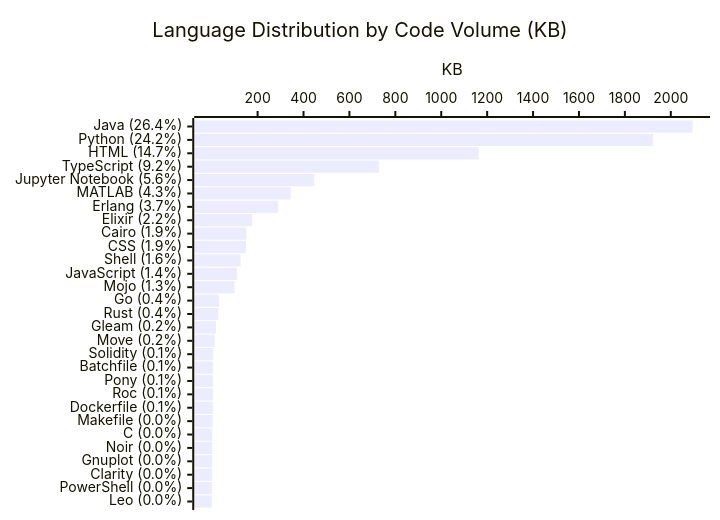
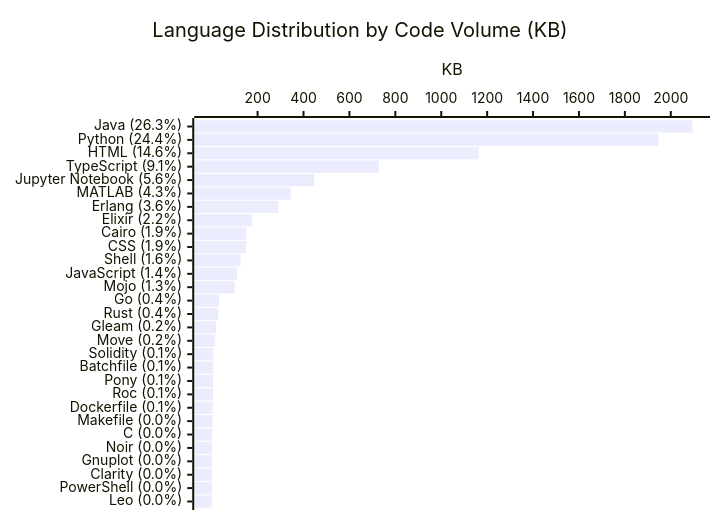
Before and after one commit to KathiraveluLab/.github: the diagram in profile/README.md, drawn with Mermaid. The commit also changed other lines of this file and 1 other file, not shown here.

````diff
--- a/profile/README.md
+++ b/profile/README.md
@@ -65,7 +65,7 @@
 ```mermaid
 xychart-beta horizontal
     title "Language Distribution by Code Volume (KB)"
-    x-axis ["Java (26.4%)", "Python (24.2%)", "HTML (14.7%)", "TypeScript (9.2%)", "Jupyter Notebook (5.6%)", "MATLAB (4.3%)", "Erlang (3.7%)", "Elixir (2.2%)", "Cairo (1.9%)", "CSS (1.9%)", "Shell (1.6%)", "JavaScript (1.4%)", "Mojo (1.3%)", "Go (0.4%)", "Rust (0.4%)", "Gleam (0.2%)", "Move (0.2%)", "Solidity (0.1%)", "Batchfile (0.1%)", "Pony (0.1%)", "Roc (0.1%)", "Dockerfile (0.1%)", "Makefile (0.0%)", "C (0.0%)", "Noir (0.0%)", "Gnuplot (0.0%)", "Clarity (0.0%)", "PowerShell (0.0%)", "Leo (0.0%)"]
+    x-axis ["Java (26.3%)", "Python (24.4%)", "HTML (14.6%)", "TypeScript (9.1%)", "Jupyter Notebook (5.6%)", "MATLAB (4.3%)", "Erlang (3.6%)", "Elixir (2.2%)", "Cairo (1.9%)", "CSS (1.9%)", "Shell (1.6%)", "JavaScript (1.4%)", "Mojo (1.3%)", "Go (0.4%)", "Rust (0.4%)", "Gleam (0.2%)", "Move (0.2%)", "Solidity (0.1%)", "Batchfile (0.1%)", "Pony (0.1%)", "Roc (0.1%)", "Dockerfile (0.1%)", "Makefile (0.0%)", "C (0.0%)", "Noir (0.0%)", "Gnuplot (0.0%)", "Clarity (0.0%)", "PowerShell (0.0%)", "Leo (0.0%)"]
     y-axis "KB"
-    bar [2094.5, 1922.73, 1163.33, 728.35, 446.91, 343.93, 289.93, 176.6, 151.31, 149.79, 125.87, 110.01, 99.52, 32.03, 28.25, 18.9, 12.89, 6.65, 6.48, 6.01, 5.51, 5.12, 3.74, 2.58, 2.46, 1.82, 1.53, 1.02, 0.26]
+    bar [2094.5, 1945.64, 1163.33, 728.35, 446.91, 343.93, 289.93, 176.6, 151.31, 149.79, 125.87, 110.01, 99.52, 32.03, 28.25, 18.9, 12.89, 6.65, 6.48, 6.01, 5.51, 5.12, 3.74, 2.58, 2.46, 1.82, 1.53, 1.02, 0.26]
 ```
````
